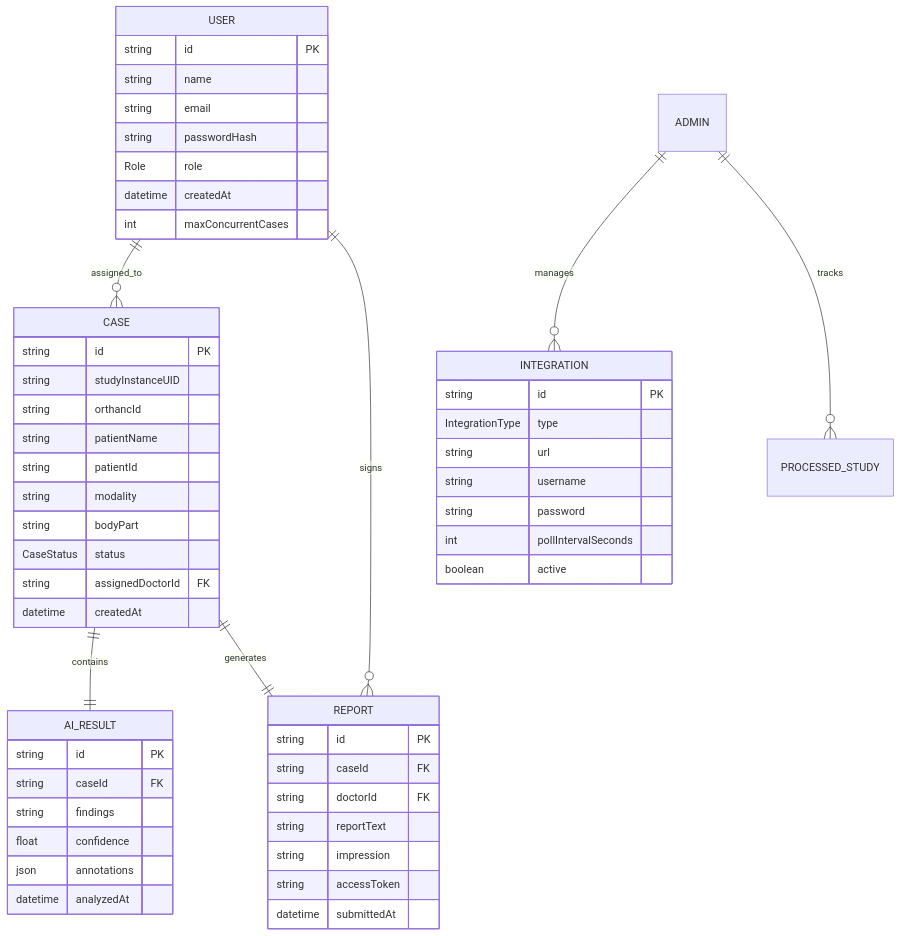
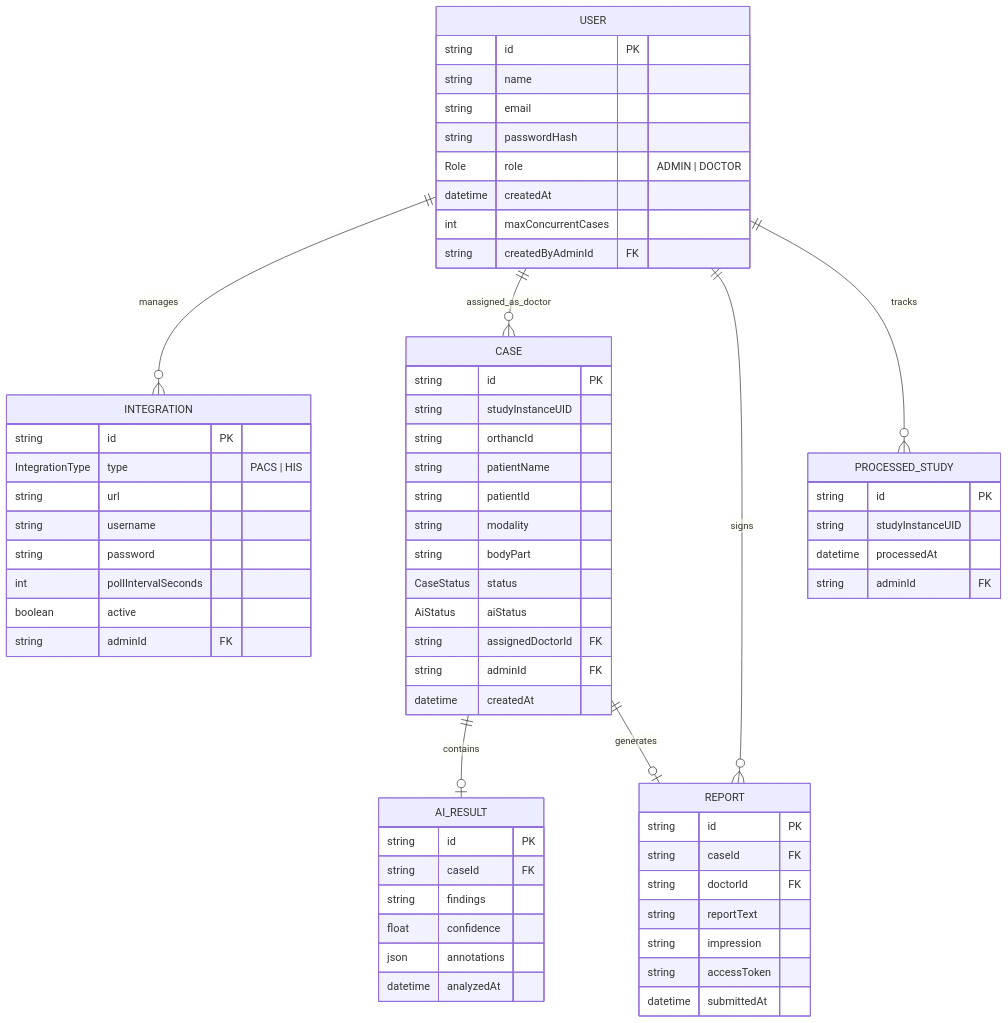
One commit to PixelCoder1246/Coding-Era---Radiora changed the second of 3 diagrams in readme.md. Above: the diagram before and after it, drawn with Mermaid. The commit also changed other lines of this file, not shown here.

````diff
--- a/readme.md
+++ b/readme.md
@@ -96,61 +97,72 @@
 ```mermaid
 erDiagram
-    USER ||--o{ CASE : assigned_to
+    USER ||--o{ INTEGRATION : manages
+    USER ||--o{ CASE : assigned_as_doctor
     USER ||--o{ REPORT : signs
-    CASE ||--|| AI_RESULT : contains
-    CASE ||--|| REPORT : generates
-    ADMIN ||--o{ INTEGRATION : manages
-    ADMIN ||--o{ PROCESSED_STUDY : tracks
+    USER ||--o{ PROCESSED_STUDY : tracks
+    CASE ||--o| AI_RESULT : contains
+    CASE ||--o| REPORT : generates
     
     USER {
         string id PK
         string name
         string email
         string passwordHash
-        Role role
+        Role role "ADMIN | DOCTOR"
         datetime createdAt
         int maxConcurrentCases
+        string createdByAdminId FK
     }
     
     CASE {
         string id PK
         string studyInstanceUID
         string orthancId
         string patientName
         string patientId
         string modality
         string bodyPart
         CaseStatus status
+        AiStatus aiStatus
         string assignedDoctorId FK
+        string adminId FK
         datetime createdAt
     }
     
     AI_RESULT {
         string id PK
         string caseId FK
         string findings
         float confidence
         json annotations
         datetime analyzedAt
     }
     
     REPORT {
         string id PK
         string caseId FK
         string doctorId FK
         string reportText
         string impression
         string accessToken
         datetime submittedAt
     }
     
     INTEGRATION {
         string id PK
-        IntegrationType type
+        IntegrationType type "PACS | HIS"
         string url
         string username
         string password
         int pollIntervalSeconds
         boolean active
+        string adminId FK
+    }
+
+    PROCESSED_STUDY {
+        string id PK
+        string studyInstanceUID
+        datetime processedAt
+        string adminId FK
     }
 ```
````
